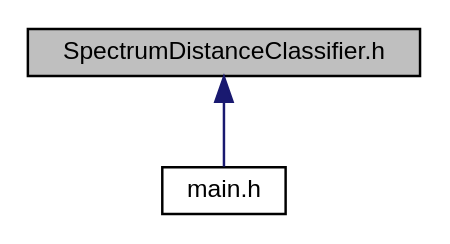
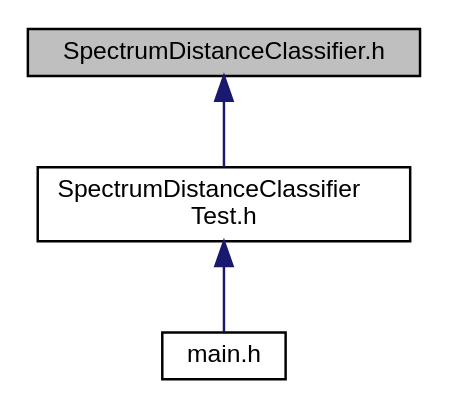
The diagram in _spectrum_distance_classifier_8h__dep__incl.dot (alexisVallet/animation-character-identification), drawn with Graphviz before and after one commit. The commit also changed 386 other files, not shown here.

```diff
--- a/_spectrum_distance_classifier_8h__dep__incl.dot
+++ b/_spectrum_distance_classifier_8h__dep__incl.dot
@@ -1,8 +1,10 @@
 digraph "SpectrumDistanceClassifier.h"
 {
   edge [fontname="Helvetica",fontsize="10",labelfontname="Helvetica",labelfontsize="10"];
   node [fontname="Helvetica",fontsize="10",shape=record];
   Node1 [label="SpectrumDistanceClassifier.h",height=0.2,width=0.4,color="black", fillcolor="grey75", style="filled" fontcolor="black"];
   Node1 -> Node2 [dir="back",color="midnightblue",fontsize="10",style="solid",fontname="Helvetica"];
-  Node2 [label="main.h",height=0.2,width=0.4,color="black", fillcolor="white", style="filled",URL="$main_8h_source.html"];
+  Node2 [label="SpectrumDistanceClassifier\lTest.h",height=0.2,width=0.4,color="black", fillcolor="white", style="filled",URL="$_spectrum_distance_classifier_test_8h_source.html"];
+  Node2 -> Node3 [dir="back",color="midnightblue",fontsize="10",style="solid",fontname="Helvetica"];
+  Node3 [label="main.h",height=0.2,width=0.4,color="black", fillcolor="white", style="filled",URL="$main_8h_source.html"];
 }
```
